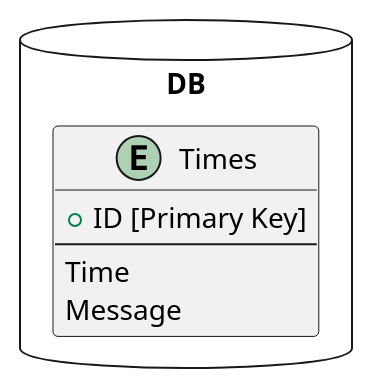
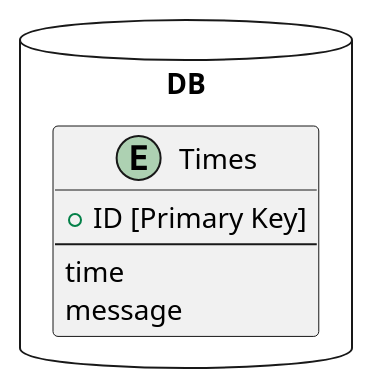
The third of 3 diagrams in docs/times.md (gatakaba/times), drawn with PlantUML before and after one commit. The commit also changed 3 other files, not shown here.

````diff
--- a/docs/times.md
+++ b/docs/times.md
@@ -26,10 +26,10 @@
 ```plantuml
 package DB as ext <<Database>> {
     entity "Times" {
         + ID [Primary Key]
         --
-        Time
-        Message
+        time
+        message
     }
 }
 ```
````
